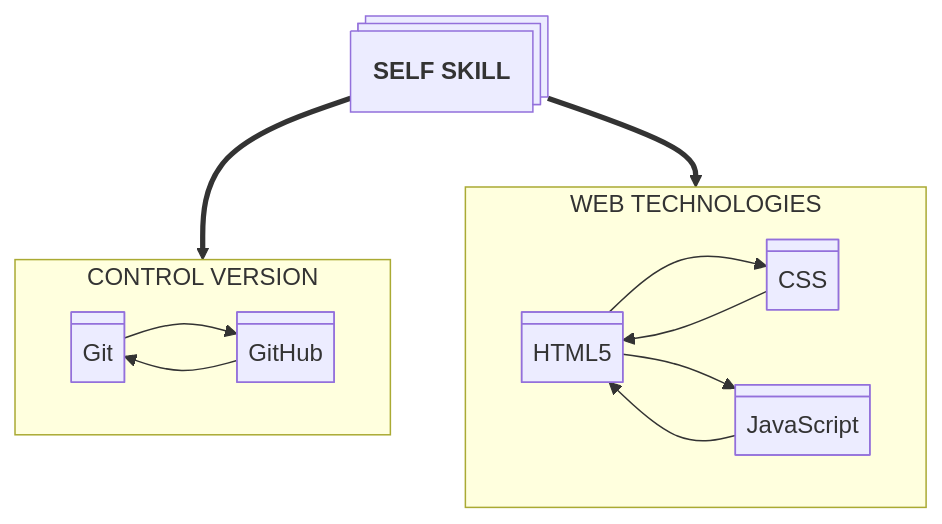
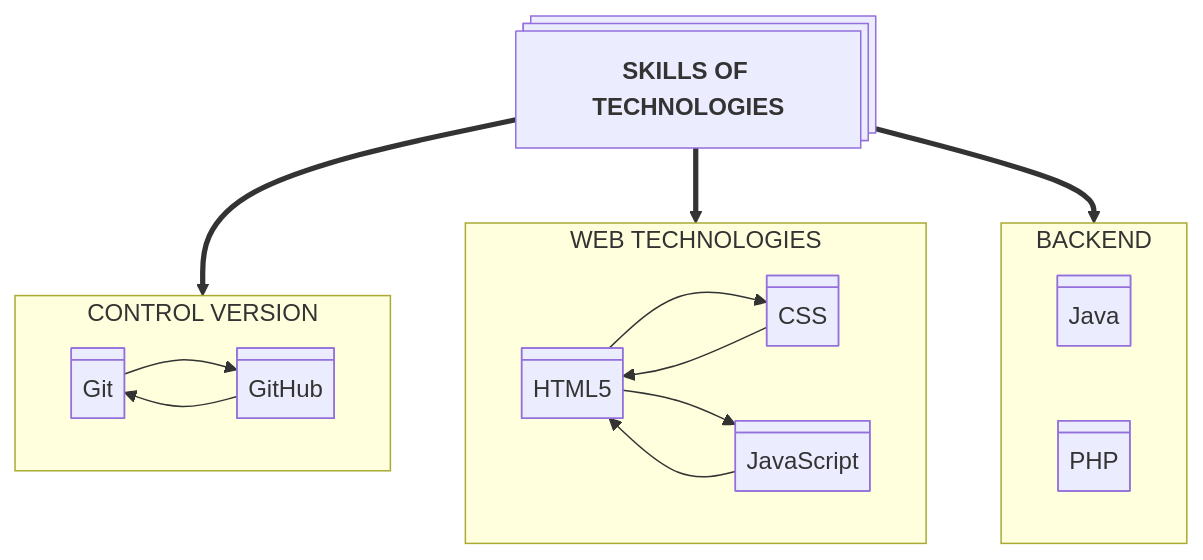
Before and after one commit to alexkoykov/alexkoykov: the diagram in README.md, drawn with Mermaid. The commit also changed other lines of this file, not shown here.

Commit message:
fix: update skills block

````diff
--- a/README.md
+++ b/README.md
@@ -28,35 +23,44 @@
 ```mermaid
 %% START SCRIPT
 graph TD
 %% DEFINE
 
-  ROOT@{shape: processes, label: "**SELF SKILL**"}
+  ROOT@{shape: processes, label: "**SKILLS OF TECHNOLOGIES**"}
   
   git@{shape: div-rect, label: "Git"}
   github@{shape: div-rect, label: "GitHub"}
 
   html@{shape: div-rect, label: "HTML5"}
   css@{shape: div-rect, label: "CSS"}
   js@{shape: div-rect, label: "JavaScript"}
+
+  java@{shape: div-rect, label: "Java"}
+  php@{shape: div-rect, label: "PHP"}
 
 %% END DEFINE
 %% LOGICS
 
   ROOT ==> CTR_VER
     subgraph CTR_VER [CONTROL VERSION]
       git --> github 
       github --> git
     end
 
   ROOT ==> WEB
     subgraph WEB [WEB TECHNOLOGIES]
       css --> html 
       html --> css
 
       html --> js
       js --> html
     end
 
+  ROOT ==> BACKEND
+    subgraph BACKEND [BACKEND]
+      java
+      php
+    end
+
 %% END LOGICS
 %% END SCRIPT
 ```
````
